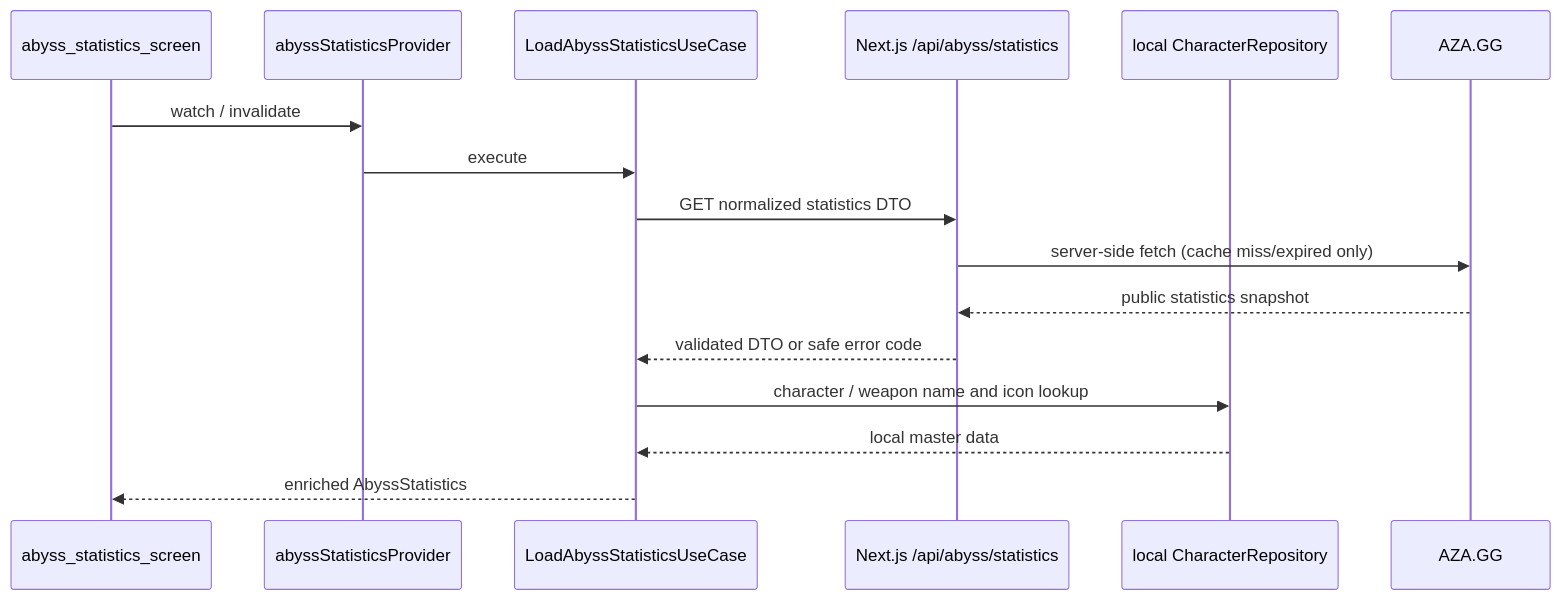
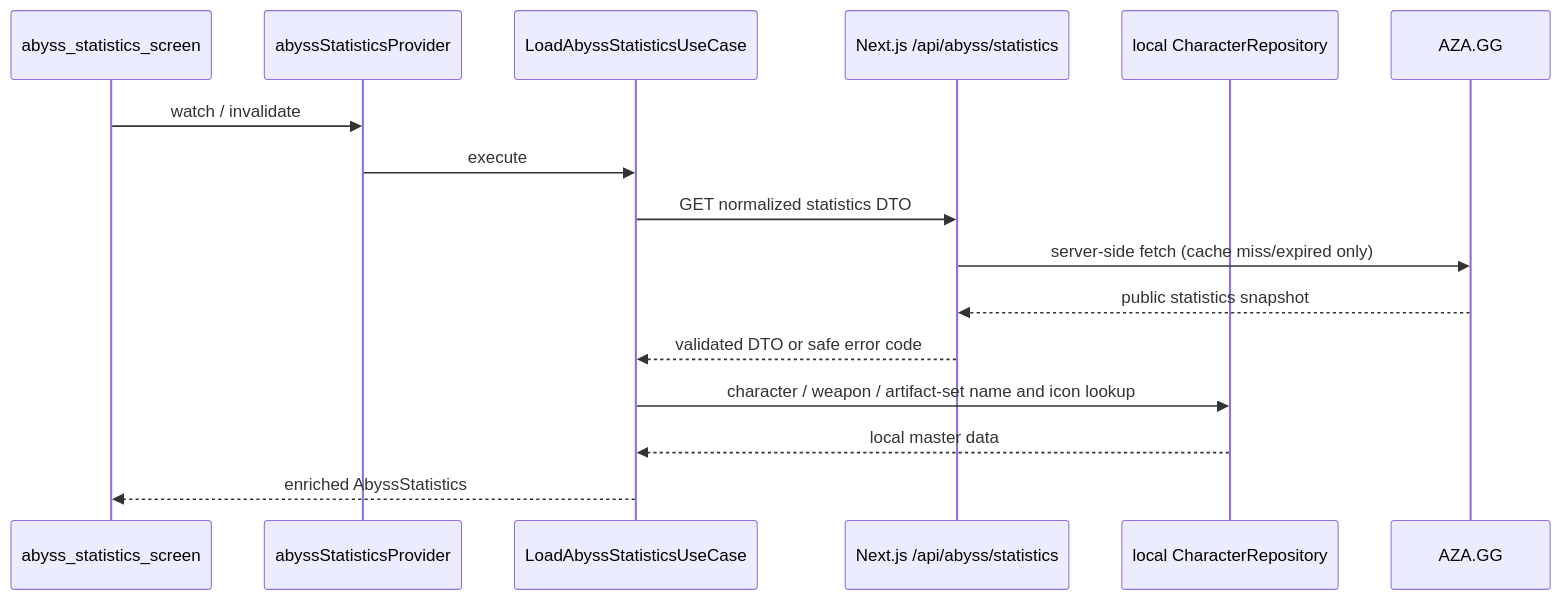
Before and after one commit to ois-T-I-08/cursor-project: the third of 3 diagrams in genshin-builder-mobile/ARCHITECTURE.md, drawn with Mermaid. The commit also changed other lines of this file and 5 other files, not shown here.

````diff
--- a/genshin-builder-mobile/ARCHITECTURE.md
+++ b/genshin-builder-mobile/ARCHITECTURE.md
@@ -221,19 +221,19 @@
 ```mermaid
 sequenceDiagram
   participant UI as abyss_statistics_screen
   participant Riverpod as abyssStatisticsProvider
   participant UseCase as LoadAbyssStatisticsUseCase
   participant Backend as Next.js /api/abyss/statistics
   participant Master as local CharacterRepository
   participant AZA as AZA.GG
 
   UI->>Riverpod: watch / invalidate
   Riverpod->>UseCase: execute
   UseCase->>Backend: GET normalized statistics DTO
   Backend->>AZA: server-side fetch (cache miss/expired only)
   AZA-->>Backend: public statistics snapshot
   Backend-->>UseCase: validated DTO or safe error code
-  UseCase->>Master: character / weapon name and icon lookup
+  UseCase->>Master: character / weapon / artifact-set name and icon lookup
   Master-->>UseCase: local master data
   UseCase-->>UI: enriched AbyssStatistics
 ```
````
